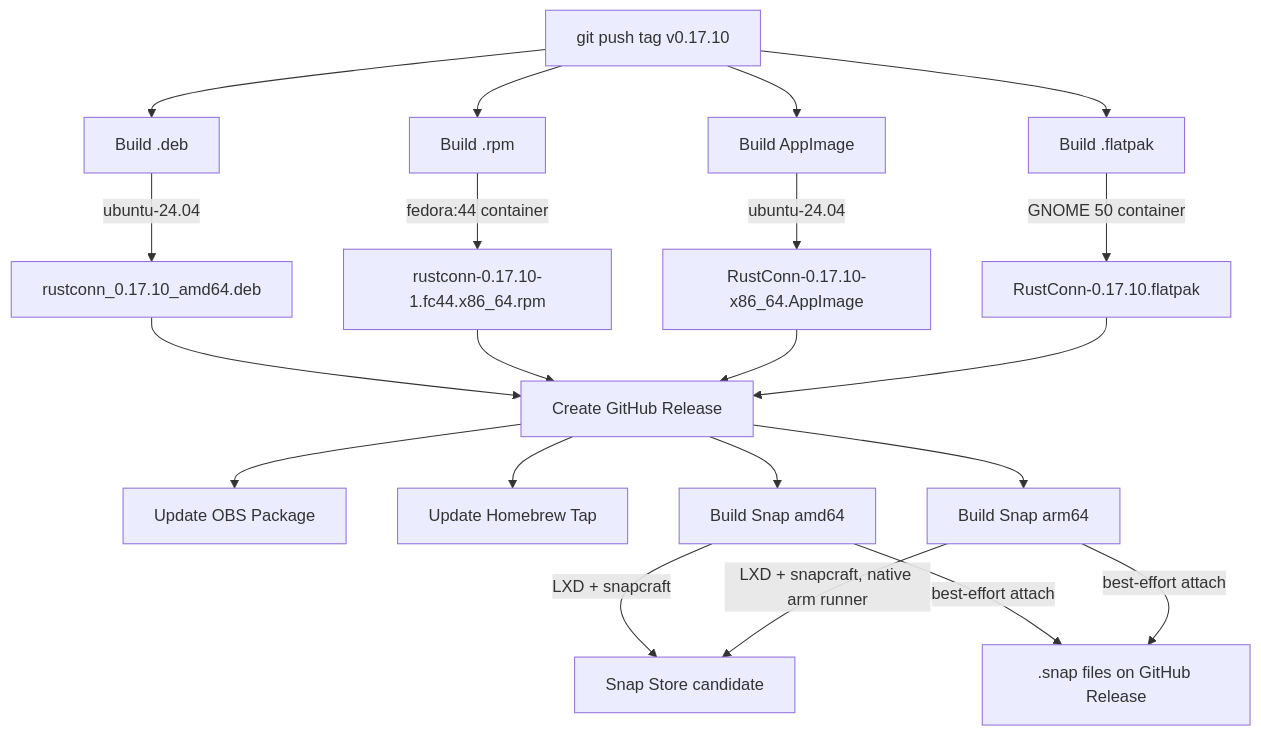
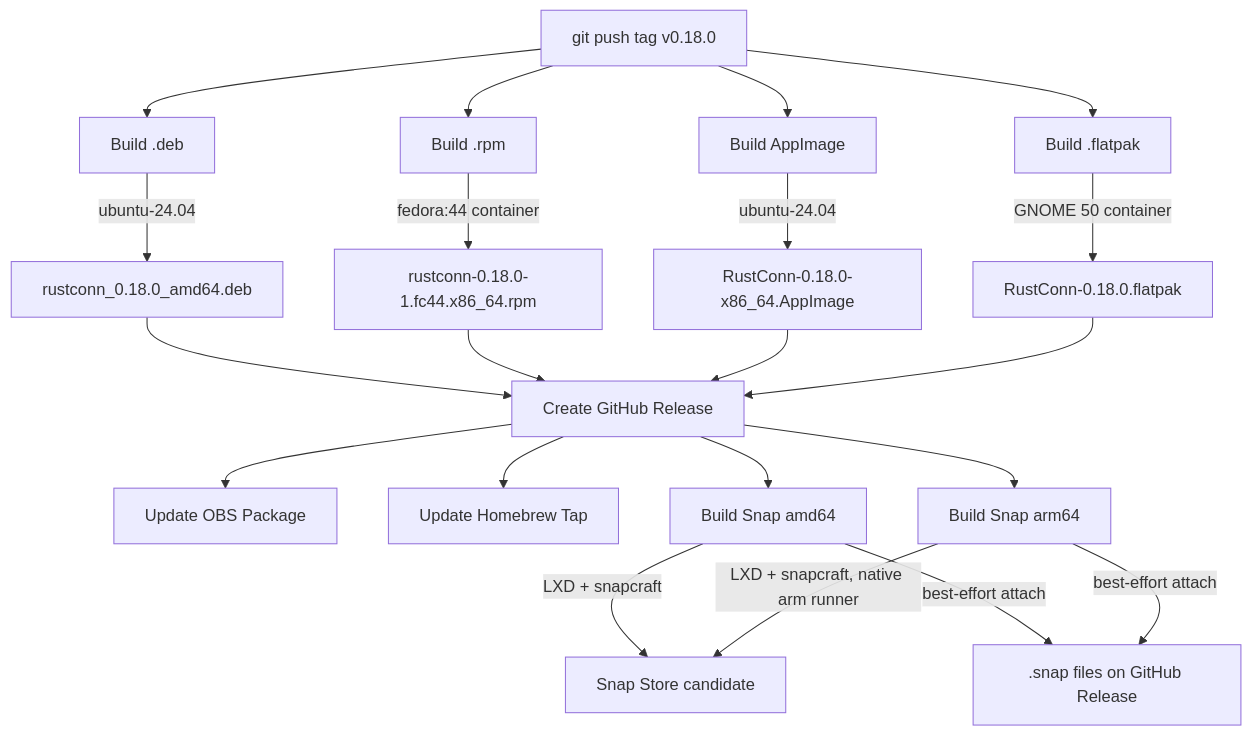
Before and after one commit to shanecaf/RustConn: the third of 6 diagrams in docs/CI_BUILD_FLOW.md, drawn with Mermaid. The commit also changed other lines of this file and 21 other files, not shown here.

````diff
--- a/docs/CI_BUILD_FLOW.md
+++ b/docs/CI_BUILD_FLOW.md
@@ -67,26 +67,26 @@
 ```mermaid
 graph TD
-    Tag[git push tag v0.17.10] --> BuildDeb[Build .deb]
+    Tag[git push tag v0.18.0] --> BuildDeb[Build .deb]
     Tag --> BuildRPM[Build .rpm]
     Tag --> BuildAppImage[Build AppImage]
     Tag --> BuildFlatpak[Build .flatpak]
 
-    BuildDeb --> |ubuntu-24.04| DebArtifact[rustconn_0.17.10_amd64.deb]
-    BuildRPM --> |fedora:44 container| RPMArtifact[rustconn-0.17.10-1.fc44.x86_64.rpm]
-    BuildAppImage --> |ubuntu-24.04| AppImageArtifact[RustConn-0.17.10-x86_64.AppImage]
-    BuildFlatpak --> |GNOME 50 container| FlatpakArtifact[RustConn-0.17.10.flatpak]
+    BuildDeb --> |ubuntu-24.04| DebArtifact[rustconn_0.18.0_amd64.deb]
+    BuildRPM --> |fedora:44 container| RPMArtifact[rustconn-0.18.0-1.fc44.x86_64.rpm]
+    BuildAppImage --> |ubuntu-24.04| AppImageArtifact[RustConn-0.18.0-x86_64.AppImage]
+    BuildFlatpak --> |GNOME 50 container| FlatpakArtifact[RustConn-0.18.0.flatpak]
 
     DebArtifact --> Release[Create GitHub Release]
     RPMArtifact --> Release
     AppImageArtifact --> Release
     FlatpakArtifact --> Release
 
     Release --> UpdateOBS[Update OBS Package]
     Release --> Brew[Update Homebrew Tap]
     Release --> SnapAmd64[Build Snap amd64]
     Release --> SnapArm64[Build Snap arm64]
     SnapAmd64 --> |LXD + snapcraft| SnapStore[Snap Store candidate]
     SnapArm64 --> |LXD + snapcraft, native arm runner| SnapStore
     SnapAmd64 --> |best-effort attach| SnapAsset[.snap files on GitHub Release]
     SnapArm64 --> |best-effort attach| SnapAsset
 ```
````
